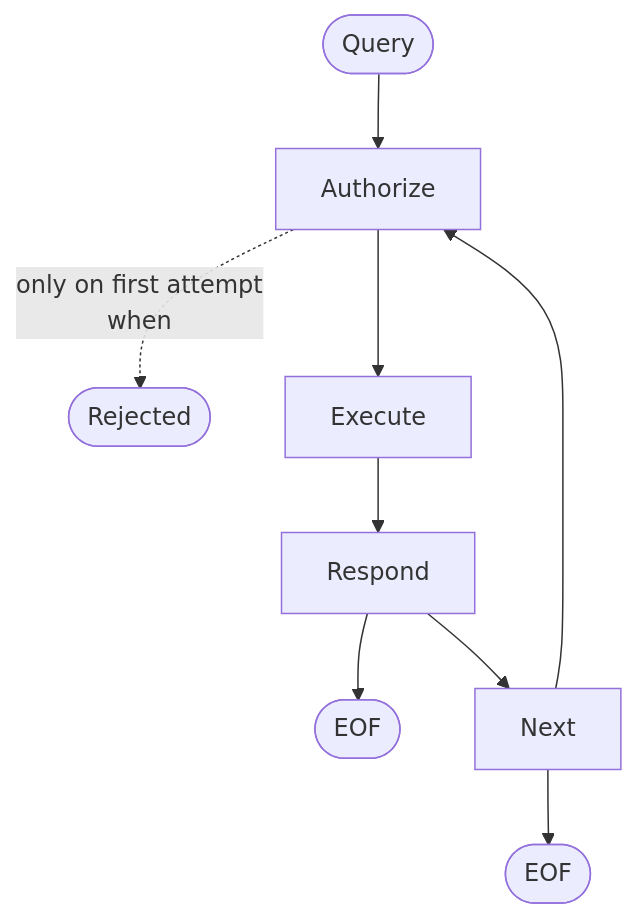
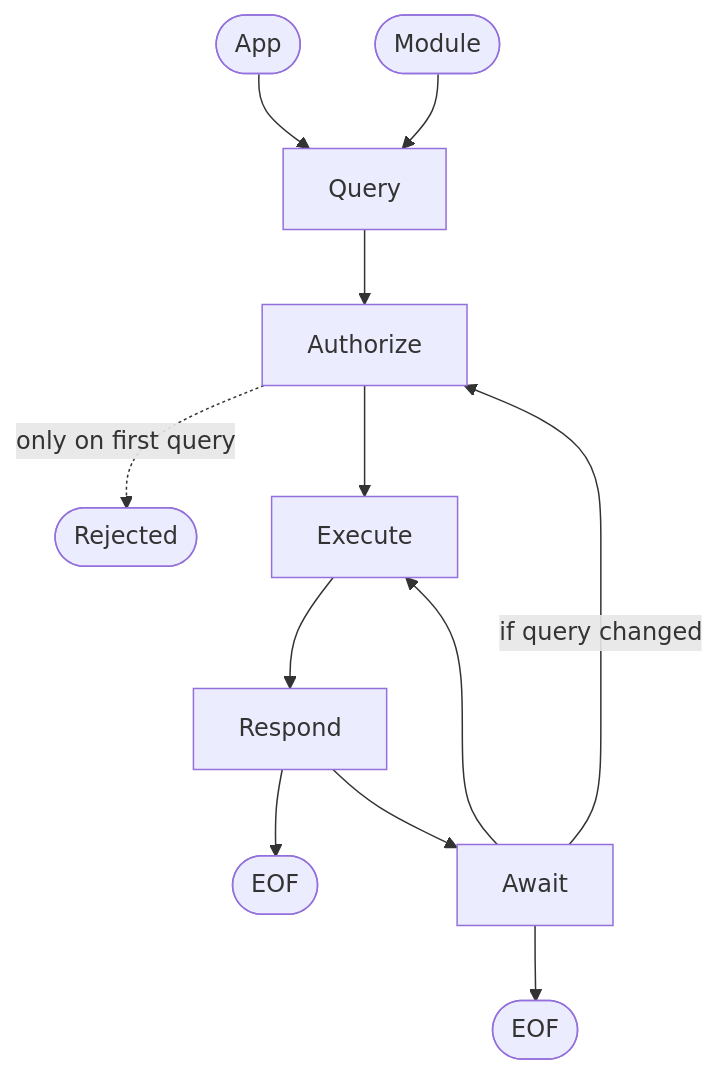
The first of 2 diagrams in flow.md (cryptopunkscc/go-apphost-jrpc), drawn with Mermaid before and after one commit. The commit also changed other lines of this file and 4 other files, not shown here.

````diff
--- a/flow.md
+++ b/flow.md
@@ -2,8 +2,11 @@
 ```mermaid
 flowchart
-    Query([Query]) --> Authorize -.only on first attempt \n when.-> Rejected([Rejected])
+    App([App]) --> Query
+    Module([Module]) --> Query
+    Query --> Authorize -.only on first query.-> Rejected([Rejected])
     Authorize --> Execute --> 
     Respond --> Return([EOF])
-    Respond -->Next --> Return2([EOF])
-    Next --> Authorize
+    Respond -->Await --> Return2([EOF])
+    Await --> Execute
+    Await --if query changed--> Authorize
 ```
````
